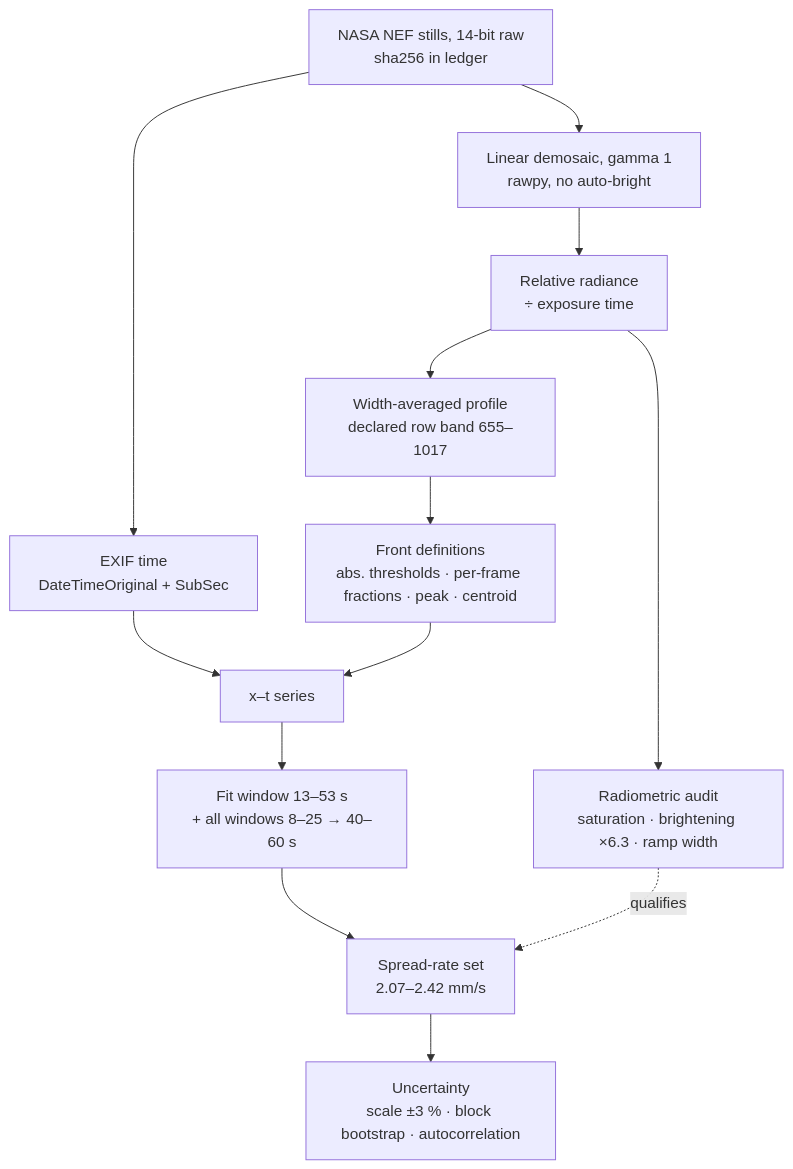
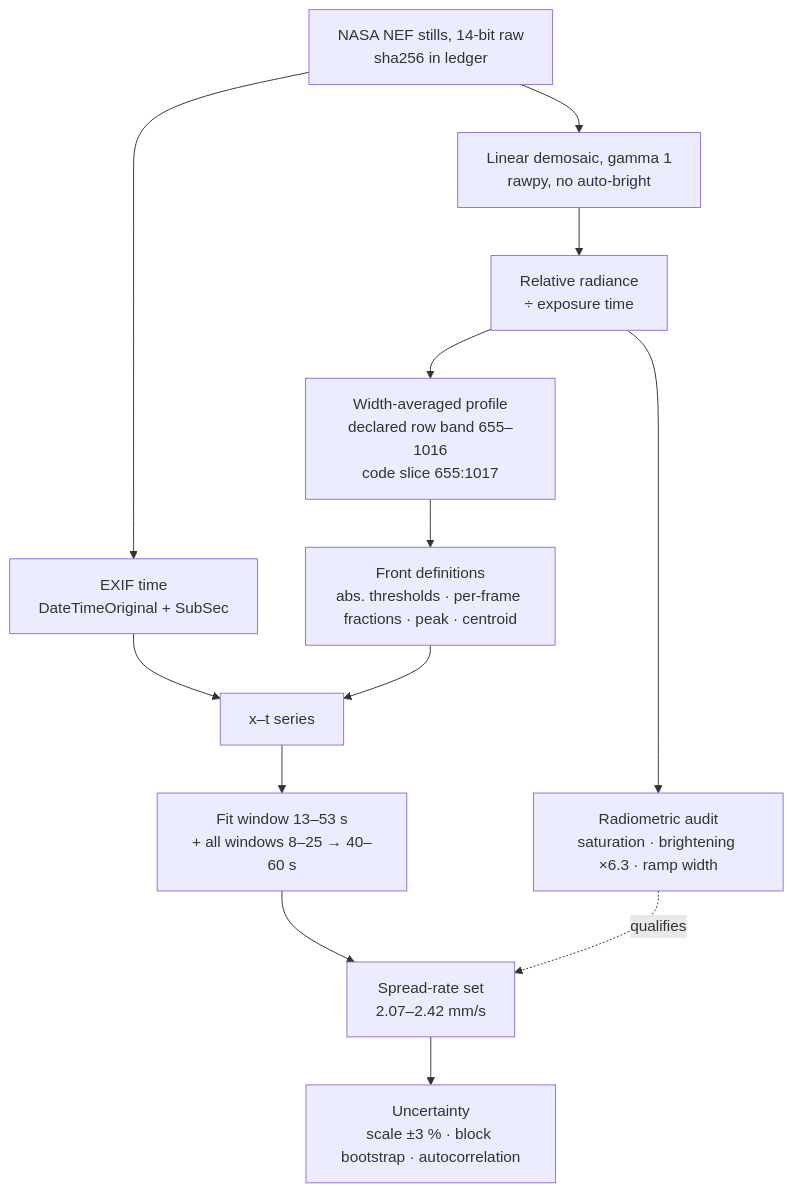
The diagram in docs/diagrams/D07_b6_measurement.mmd (Romeo-Decu/GFL-Gravity-Fire-Ledger), drawn with Mermaid before and after one commit. The commit also changed 5 other files, not shown here.

```diff
--- a/docs/diagrams/D07_b6_measurement.mmd
+++ b/docs/diagrams/D07_b6_measurement.mmd
@@ -1,14 +1,14 @@
 %% D07 — B6 flame-spread measurement pipeline (tools/flame_front.py, b6_sensitivity.py, b6_radiometric_audit.py).
 flowchart TD
   n[NASA NEF stills, 14-bit raw<br/>sha256 in ledger] --> t[EXIF time<br/>DateTimeOriginal + SubSec]
   n --> d[Linear demosaic, gamma 1<br/>rawpy, no auto-bright]
   d --> r[Relative radiance<br/>÷ exposure time]
-  r --> b[Width-averaged profile<br/>declared row band 655–1017]
+  r --> b[Width-averaged profile<br/>declared row band 655–1016<br/>code slice 655:1017]
   b --> f[Front definitions<br/>abs. thresholds · per-frame fractions · peak · centroid]
   t --> x[x–t series]
   f --> x
   x --> w[Fit window 13–53 s<br/>+ all windows 8–25 → 40–60 s]
   w --> s[Spread-rate set<br/>2.07–2.42 mm/s]
   s --> u[Uncertainty<br/>scale ±3 % · block bootstrap · autocorrelation]
   r --> q[Radiometric audit<br/>saturation · brightening ×6.3 · ramp width]
   q -. qualifies .-> s
```
